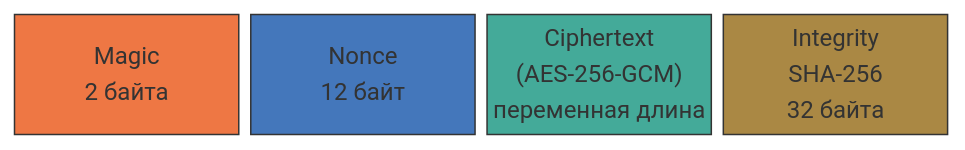
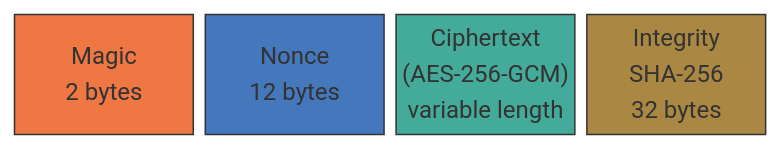
The fifth of 7 diagrams in README.md (voluminor/openwebui-ollama-proxy), drawn with Mermaid before and after one commit. The commit also changed other lines of this file and 1 other file, not shown here.

````diff
--- a/README.md
+++ b/README.md
@@ -180,12 +182,12 @@
 ```mermaid
 block-beta
     columns 4
-    A["Magic\n2 байта"]:1
-    B["Nonce\n12 байт"]:1
-    C["Ciphertext\n(AES-256-GCM)\nпеременная длина"]:1
-    D["Integrity\nSHA-256\n32 байта"]:1
+    A["Magic\n2 bytes"]:1
+    B["Nonce\n12 bytes"]:1
+    C["Ciphertext\n(AES-256-GCM)\nvariable length"]:1
+    D["Integrity\nSHA-256\n32 bytes"]:1
     style A fill: #e74, stroke: #333, color: #fff
     style B fill: #47b, stroke: #333, color: #fff
     style C fill: #4a9, stroke: #333, color: #fff
     style D fill: #a84, stroke: #333, color: #fff
 ```
````
